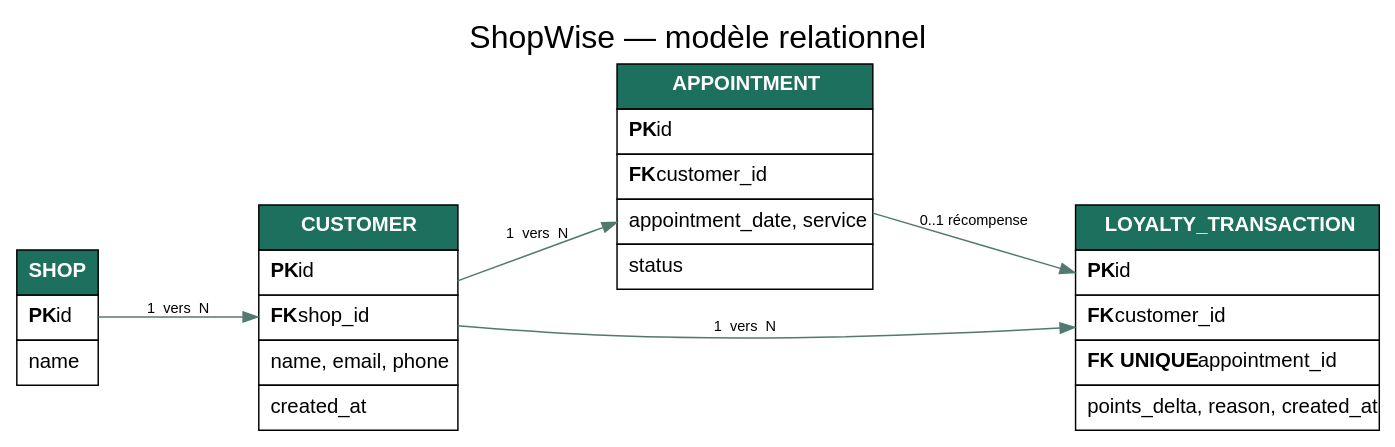
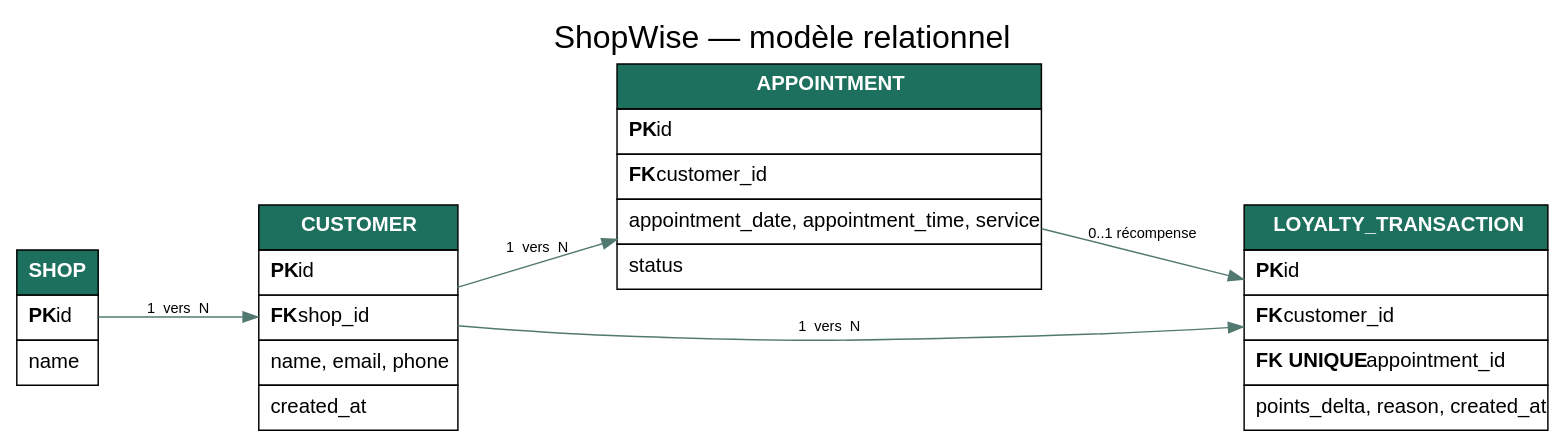
The diagram in bdd/schema.dot (imaurelsan/EDC_ShopWise_Bloc3_ISCOD), drawn with Graphviz before and after one commit. The commit also changed 16 other files, not shown here.

```diff
--- a/bdd/schema.dot
+++ b/bdd/schema.dot
@@ -1,13 +1,13 @@
 digraph ShopWise {
   graph [rankdir=LR, bgcolor="white", fontname="Arial", label="ShopWise — modèle relationnel", labelloc=t, fontsize=22, nodesep=0.6, ranksep=0.9];
   node [shape=plain, fontname="Arial"];
   edge [fontname="Arial", fontsize=10, color="#52796f"];
   shop [label=< <TABLE BORDER="0" CELLBORDER="1" CELLSPACING="0" CELLPADDING="7"><TR><TD BGCOLOR="#1d705e"><FONT COLOR="white"><B>SHOP</B></FONT></TD></TR><TR><TD ALIGN="LEFT"><B>PK</B> id</TD></TR><TR><TD ALIGN="LEFT">name</TD></TR></TABLE> >];
   customer [label=< <TABLE BORDER="0" CELLBORDER="1" CELLSPACING="0" CELLPADDING="7"><TR><TD BGCOLOR="#1d705e"><FONT COLOR="white"><B>CUSTOMER</B></FONT></TD></TR><TR><TD ALIGN="LEFT"><B>PK</B> id</TD></TR><TR><TD ALIGN="LEFT"><B>FK</B> shop_id</TD></TR><TR><TD ALIGN="LEFT">name, email, phone</TD></TR><TR><TD ALIGN="LEFT">created_at</TD></TR></TABLE> >];
-  appointment [label=< <TABLE BORDER="0" CELLBORDER="1" CELLSPACING="0" CELLPADDING="7"><TR><TD BGCOLOR="#1d705e"><FONT COLOR="white"><B>APPOINTMENT</B></FONT></TD></TR><TR><TD ALIGN="LEFT"><B>PK</B> id</TD></TR><TR><TD ALIGN="LEFT"><B>FK</B> customer_id</TD></TR><TR><TD ALIGN="LEFT">appointment_date, service</TD></TR><TR><TD ALIGN="LEFT">status</TD></TR></TABLE> >];
+  appointment [label=< <TABLE BORDER="0" CELLBORDER="1" CELLSPACING="0" CELLPADDING="7"><TR><TD BGCOLOR="#1d705e"><FONT COLOR="white"><B>APPOINTMENT</B></FONT></TD></TR><TR><TD ALIGN="LEFT"><B>PK</B> id</TD></TR><TR><TD ALIGN="LEFT"><B>FK</B> customer_id</TD></TR><TR><TD ALIGN="LEFT">appointment_date, appointment_time, service</TD></TR><TR><TD ALIGN="LEFT">status</TD></TR></TABLE> >];
   loyalty [label=< <TABLE BORDER="0" CELLBORDER="1" CELLSPACING="0" CELLPADDING="7"><TR><TD BGCOLOR="#1d705e"><FONT COLOR="white"><B>LOYALTY_TRANSACTION</B></FONT></TD></TR><TR><TD ALIGN="LEFT"><B>PK</B> id</TD></TR><TR><TD ALIGN="LEFT"><B>FK</B> customer_id</TD></TR><TR><TD ALIGN="LEFT"><B>FK UNIQUE</B> appointment_id</TD></TR><TR><TD ALIGN="LEFT">points_delta, reason, created_at</TD></TR></TABLE> >];
   shop -> customer [label="1  vers  N"];
   customer -> appointment [label="1  vers  N"];
   customer -> loyalty [label="1  vers  N"];
   appointment -> loyalty [label="0..1 récompense"];
 }
```
